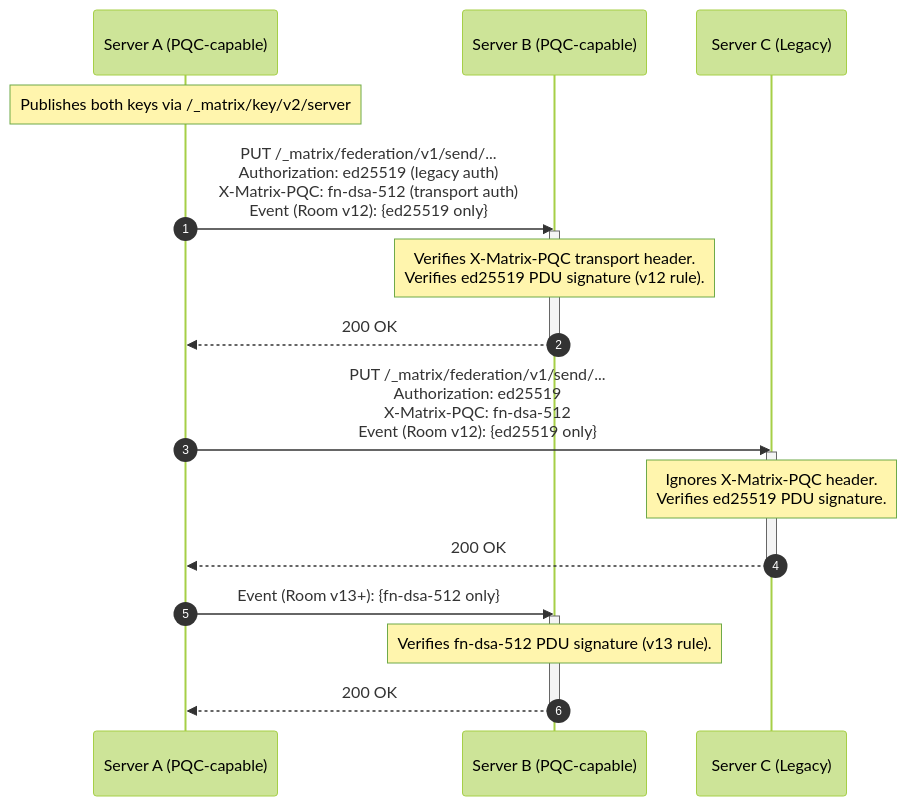
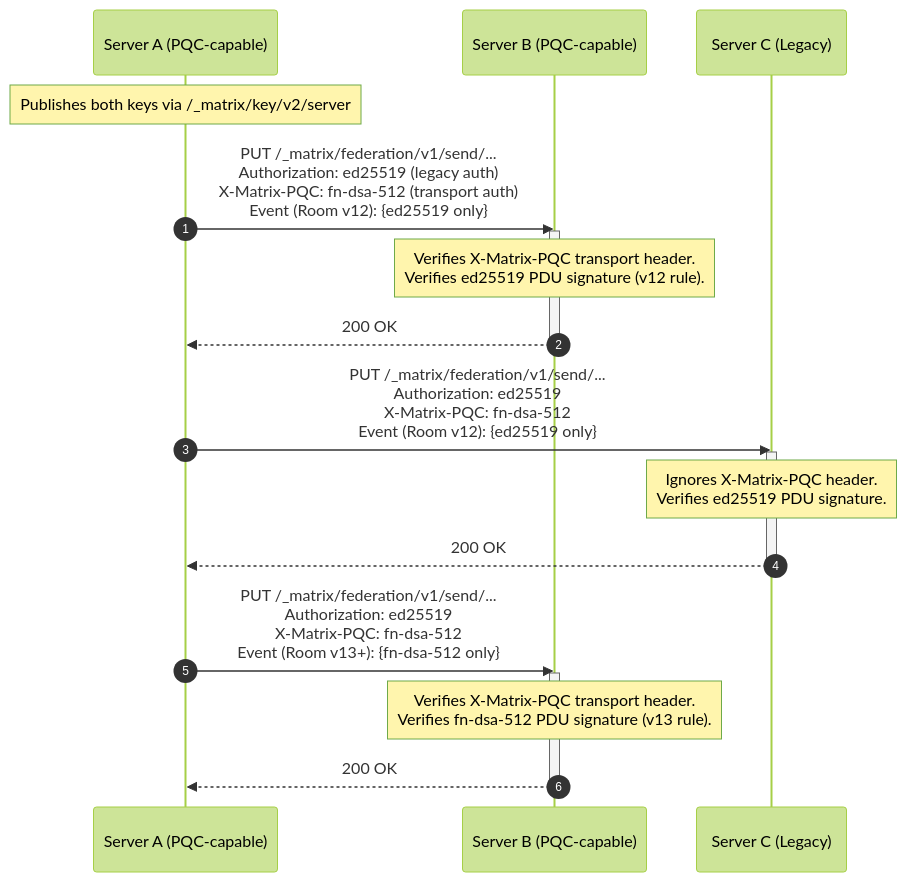
Before and after one commit to gamesguru/matrix-spec-proposals: the diagram in proposals/XXXX-e2ee-quantum-sigs-pdu.md, drawn with Mermaid (forest theme). The commit also changed other lines of this file, not shown here.

````diff
--- a/proposals/XXXX-e2ee-quantum-sigs-pdu.md
+++ b/proposals/XXXX-e2ee-quantum-sigs-pdu.md
@@ -188,27 +188,27 @@
 ```mermaid
 sequenceDiagram
     autonumber
     participant S1 as Server A (PQC-capable)
     participant S2 as Server B (PQC-capable)
     participant S3 as Server C (Legacy)
 
     Note over S1: Publishes both keys via /_matrix/key/v2/server
 
     S1->>S2: PUT /_matrix/federation/v1/send/...<br/>Authorization: ed25519 (legacy auth)<br/>X-Matrix-PQC: fn-dsa-512 (transport auth)<br/>Event (Room v12): {ed25519 only}
     activate S2
     Note over S2: Verifies X-Matrix-PQC transport header.<br/>Verifies ed25519 PDU signature (v12 rule).
     S2-->>S1: 200 OK
     deactivate S2
 
     S1->>S3: PUT /_matrix/federation/v1/send/...<br/>Authorization: ed25519<br/>X-Matrix-PQC: fn-dsa-512<br/>Event (Room v12): {ed25519 only}
     activate S3
     Note over S3: Ignores X-Matrix-PQC header.<br/>Verifies ed25519 PDU signature.
     S3-->>S1: 200 OK
     deactivate S3
 
-    S1->>S2: Event (Room v13+): {fn-dsa-512 only}
+    S1->>S2: PUT /_matrix/federation/v1/send/...<br/>Authorization: ed25519<br/>X-Matrix-PQC: fn-dsa-512<br/>Event (Room v13+): {fn-dsa-512 only}
     activate S2
-    Note over S2: Verifies fn-dsa-512 PDU signature (v13 rule).
+    Note over S2: Verifies X-Matrix-PQC transport header.<br/>Verifies fn-dsa-512 PDU signature (v13 rule).
     S2-->>S1: 200 OK
     deactivate S2
 ```
````
